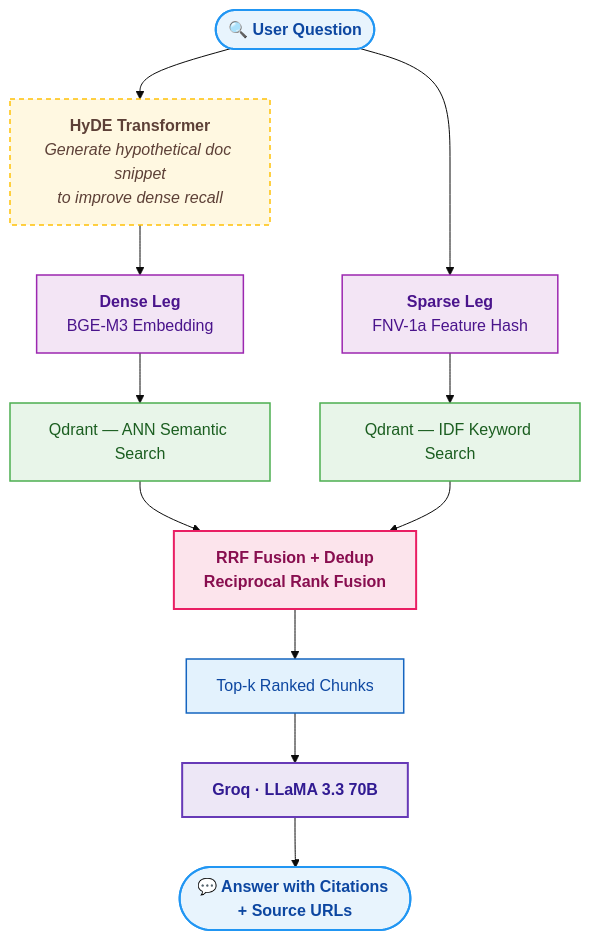
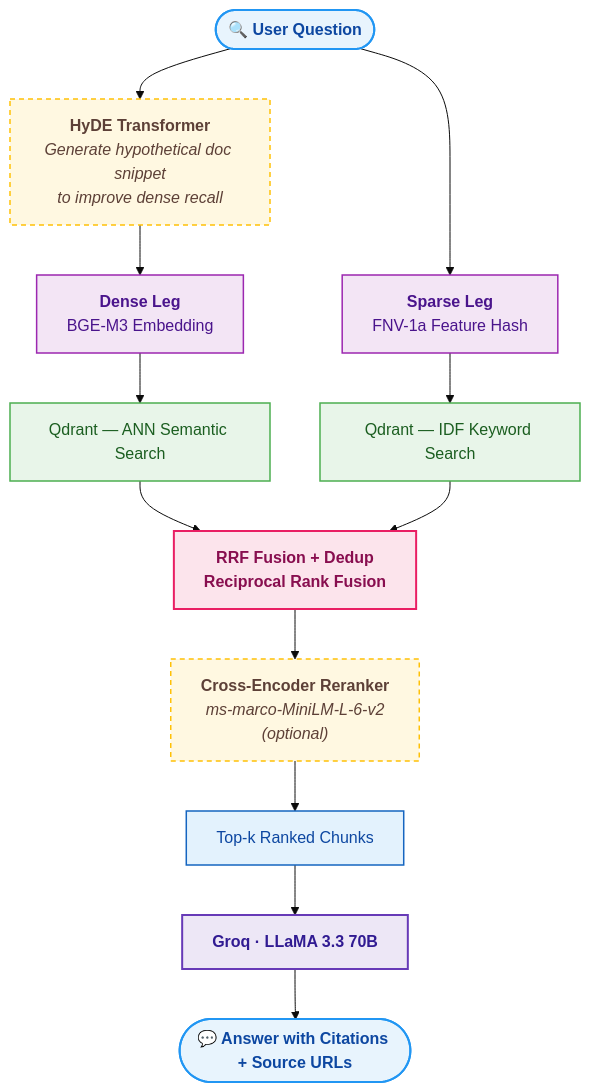
Before and after one commit to seajoyer/rag-techdoc-assistant: the diagram in README.md, drawn with Mermaid (base theme). The commit also changed other lines of this file, not shown here.

````diff
--- a/README.md
+++ b/README.md
@@ -38,30 +39,32 @@
 ```mermaid
 flowchart TD
     Q([🔍 User Question]):::input
 
     Q --> HyDE["<b>HyDE Transformer</b><br/><i>Generate hypothetical doc snippet</i><br/><i>to improve dense recall</i>"]:::optional
 
     HyDE --> D["<b>Dense Leg</b><br/>BGE-M3 Embedding"]:::leg
     Q     --> S["<b>Sparse Leg</b><br/>FNV-1a Feature Hash"]:::leg
 
     D --> QD["Qdrant — ANN Semantic Search"]:::store
     S --> QS["Qdrant — IDF Keyword Search"]:::store
 
     QD --> RRF["<b>RRF Fusion + Dedup</b><br/>Reciprocal Rank Fusion"]:::fusion
     QS --> RRF
 
-    RRF --> K["Top-k Ranked Chunks"]:::chunks
+    RRF --> RE["<b>Cross-Encoder Reranker</b><br/><i>ms-marco-MiniLM-L-6-v2</i><br/><i>(optional)</i>"]:::optional
+
+    RE --> K["Top-k Ranked Chunks"]:::chunks
 
     K --> LLM["<b>Groq · LLaMA 3.3 70B</b>"]:::llm
 
     LLM --> A([💬 Answer with Citations + Source URLs]):::output
 
     classDef input     fill:#e8f4fd,stroke:#2196F3,stroke-width:2px,color:#0d47a1,font-weight:bold
     classDef optional  fill:#fff8e1,stroke:#FFC107,stroke-width:1.5px,stroke-dasharray:5 4,color:#5d4037
     classDef leg       fill:#f3e5f5,stroke:#9C27B0,stroke-width:1.5px,color:#4a148c
     classDef store     fill:#e8f5e9,stroke:#4CAF50,stroke-width:1.5px,color:#1b5e20
     classDef fusion    fill:#fce4ec,stroke:#E91E63,stroke-width:2px,color:#880e4f,font-weight:bold
     classDef chunks    fill:#e3f2fd,stroke:#1565C0,stroke-width:1.5px,color:#0d47a1
     classDef llm       fill:#ede7f6,stroke:#673AB7,stroke-width:2px,color:#311b92,font-weight:bold
     classDef output    fill:#e8f4fd,stroke:#2196F3,stroke-width:2px,color:#0d47a1,font-weight:bold
 ```
````
